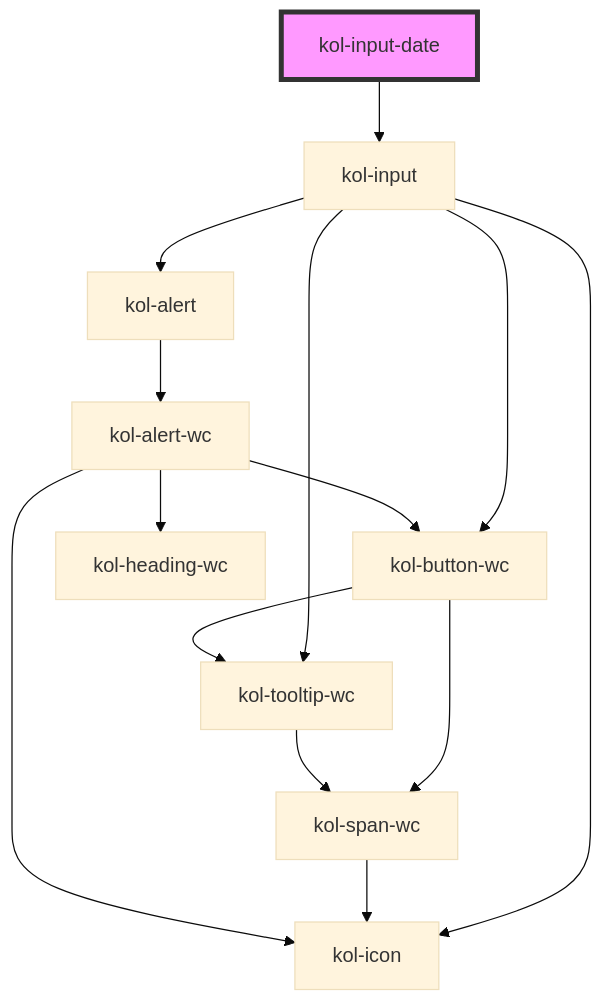
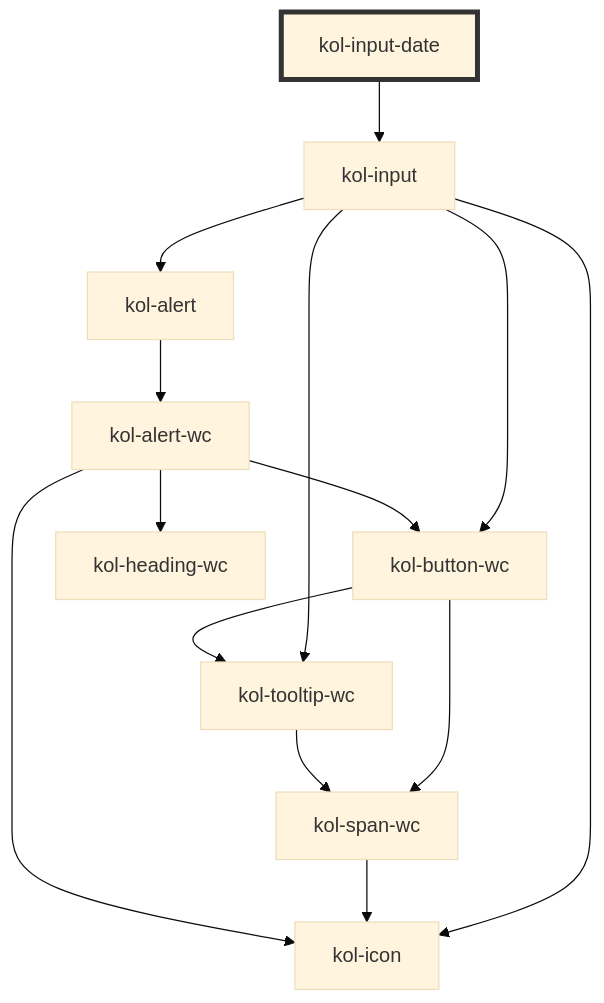
The diagram in packages/components/src/components/input-date/readme.md (public-ui/kolibri), drawn with Mermaid (base theme) before and after one commit. The commit also changed 40 other files, not shown here.

````diff
--- a/packages/components/src/components/input-date/readme.md
+++ b/packages/components/src/components/input-date/readme.md
@@ -129,17 +129,17 @@
 ```mermaid
 graph TD;
   kol-input-date --> kol-input
   kol-input --> kol-icon
   kol-input --> kol-button-wc
   kol-input --> kol-tooltip-wc
   kol-input --> kol-alert
   kol-button-wc --> kol-span-wc
   kol-button-wc --> kol-tooltip-wc
   kol-span-wc --> kol-icon
   kol-tooltip-wc --> kol-span-wc
   kol-alert --> kol-alert-wc
   kol-alert-wc --> kol-heading-wc
   kol-alert-wc --> kol-button-wc
   kol-alert-wc --> kol-icon
-  style kol-input-date fill:#f9f,stroke:#333,stroke-width:4px
+  style kol-input-date stroke:#333,stroke-width:4px
 ```
````
